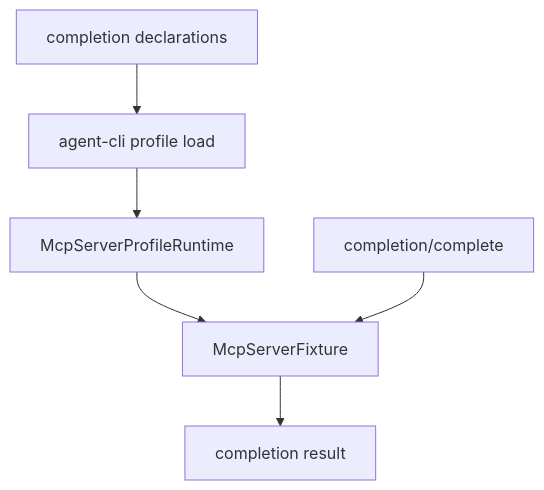
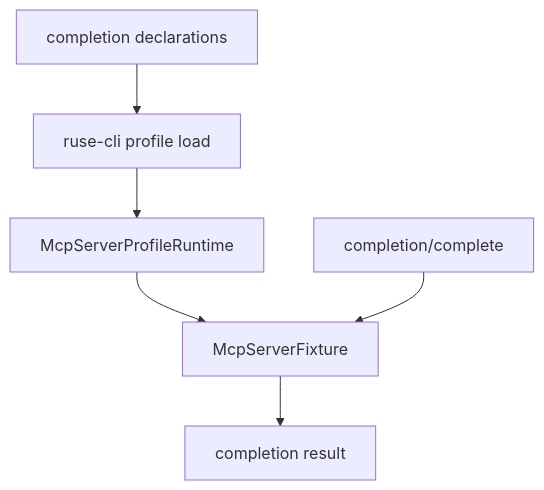
One commit to poneding/agent changed the diagram in docs/specs/M38-04-cli-stdio-completions.spec.md. Above: the diagram before and after it, drawn with Mermaid. The commit also changed other lines of this file and 2091 other files, not shown here.

First line of the commit message:
refactor: rename agent branding to ruse

````diff
--- a/docs/specs/M38-04-cli-stdio-completions.spec.md
+++ b/docs/specs/M38-04-cli-stdio-completions.spec.md
@@ -30,8 +30,8 @@
 ```mermaid
 flowchart TD
-  Manifest["completion declarations"] --> CLI["agent-cli profile load"]
+  Manifest["completion declarations"] --> CLI["ruse-cli profile load"]
   CLI --> Runtime["McpServerProfileRuntime"]
   Runtime --> Server["McpServerFixture"]
   Request["completion/complete"] --> Server
   Server --> Result["completion result"]
 ```
````
